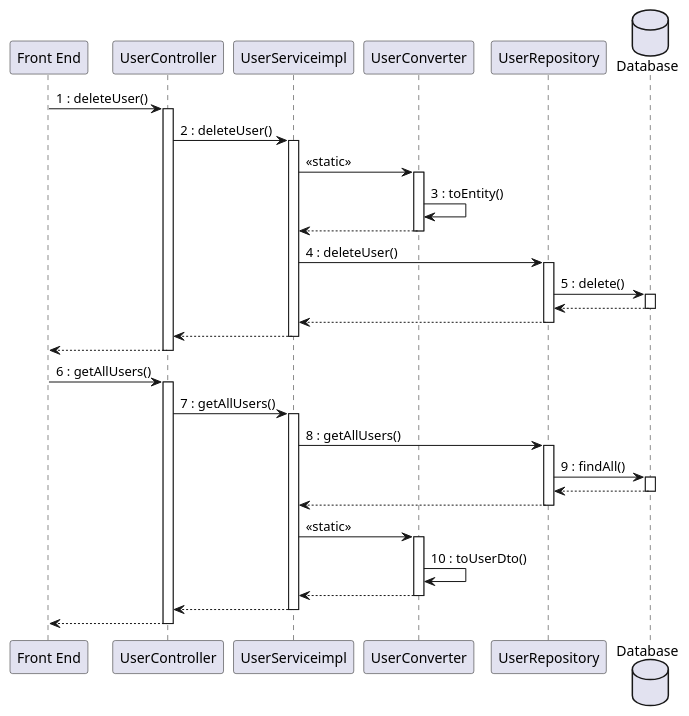
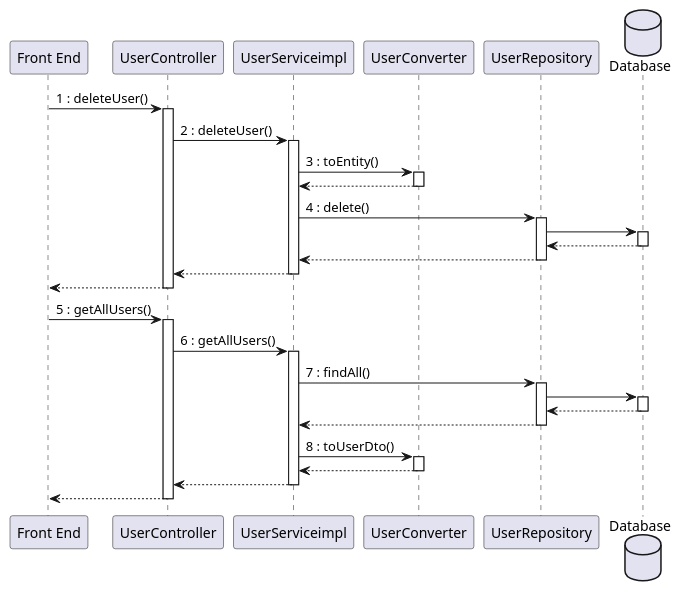
Before and after one commit to mosTavassoli/ezgas: the seventh of 15 diagrams in docs/DesignDocument.md, drawn with PlantUML. The commit also changed other lines of this file, not shown here.

Commit message:
docs(DesignDocument): fix and improve sequence diagrams

````diff
--- a/docs/DesignDocument.md
+++ b/docs/DesignDocument.md
@@ -555,36 +553,34 @@
 ```plantuml
 database Database order 30
 "Front End" -> UserController:1 : deleteUser()
 activate UserController
 UserController -> UserServiceimpl:2 : deleteUser()
 activate UserServiceimpl
-UserServiceimpl -> UserConverter:<<static>>
+UserServiceimpl -> UserConverter:3 : toEntity()
 activate UserConverter
-UserConverter -> UserConverter:3 : toEntity()
 return
-UserServiceimpl -> UserRepository:4 : deleteUser()
+UserServiceimpl -> UserRepository:4 : delete()
 activate UserRepository
-UserRepository -> Database:5 : delete()
+UserRepository -> Database
 activate Database
 return
 return
 return
 return
 
-"Front End" -> UserController:6 : getAllUsers()
+"Front End" -> UserController:5 : getAllUsers()
 activate UserController
-UserController -> UserServiceimpl:7 : getAllUsers()
+UserController -> UserServiceimpl:6 : getAllUsers()
 activate UserServiceimpl
-UserServiceimpl -> UserRepository:8 : getAllUsers()
+UserServiceimpl -> UserRepository:7 : findAll()
 activate UserRepository
-UserRepository -> Database:9 : findAll()
+UserRepository -> Database
 activate Database
 return
 return
-UserServiceimpl -> UserConverter:<<static>>
+UserServiceimpl -> UserConverter:8 : toUserDto()
 activate UserConverter
-UserConverter -> UserConverter:10 : toUserDto()
 return
 return
 return
 ```
````
